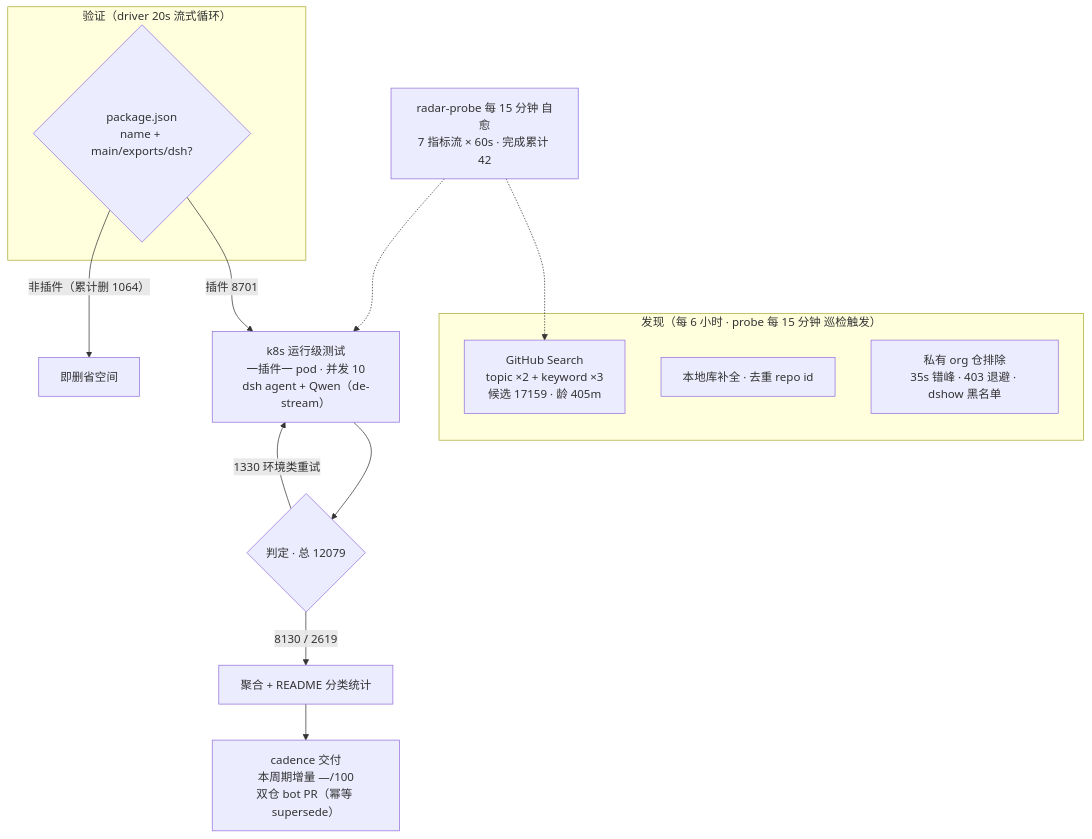
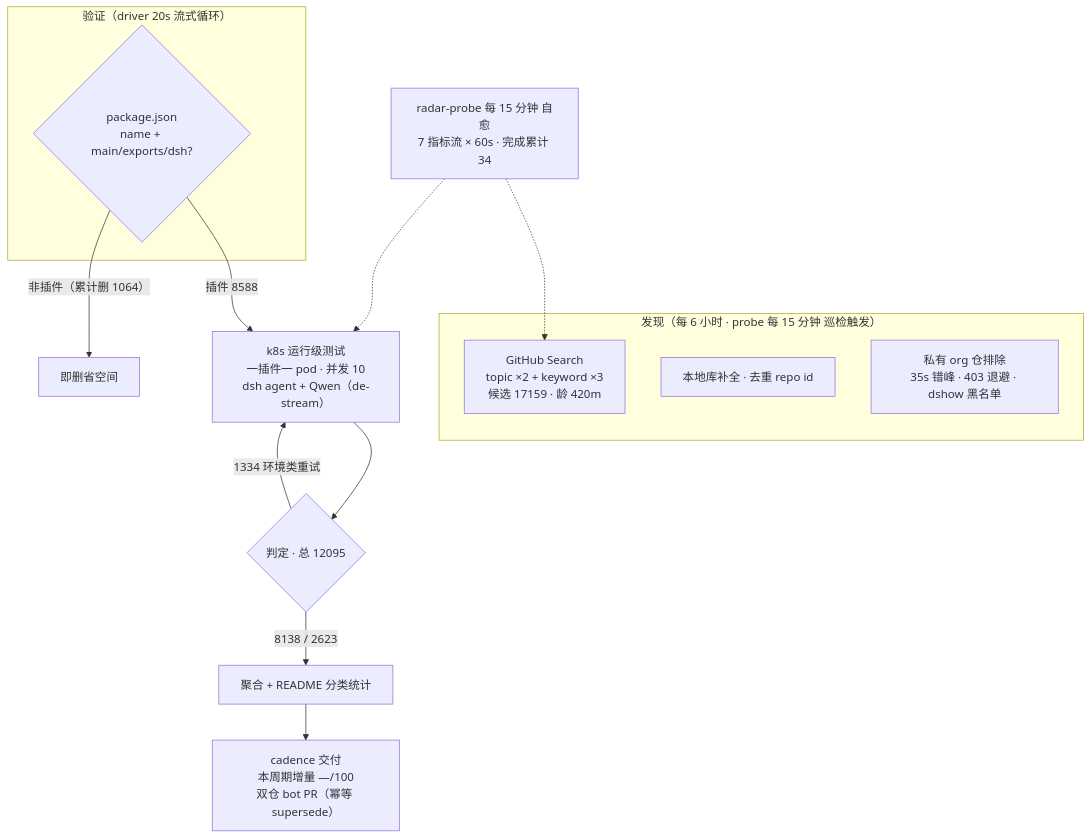
Before and after one commit to Zhidao-Lab-OSS/awesome-dsh-plugins: the diagram in README.md, drawn with Mermaid. The commit also changed other lines of this file and 1 other file, not shown here.

````diff
--- a/README.md
+++ b/README.md
@@ -52,20 +52,20 @@
 ```mermaid
 flowchart TB
     subgraph Discovery["发现（每 6 小时 · probe 每 15 分钟 巡检触发）"]
-        A1["GitHub Search<br/>topic ×2 + keyword ×3<br/>候选 17159 · 龄 405m"]
+        A1["GitHub Search<br/>topic ×2 + keyword ×3<br/>候选 17159 · 龄 420m"]
         A2["本地库补全 · 去重 repo id"]
         A3["私有 org 仓排除<br/>35s 错峰 · 403 退避 · dshow 黑名单"]
     end
     subgraph Validation["验证（driver 20s 流式循环）"]
         B1{"package.json<br/>name + main/exports/dsh?"}
     end
-    B1 -->|"插件 8701"| C1["k8s 运行级测试<br/>一插件一 pod · 并发 10<br/>dsh agent + Qwen（de-stream）"]
+    B1 -->|"插件 8588"| C1["k8s 运行级测试<br/>一插件一 pod · 并发 10<br/>dsh agent + Qwen（de-stream）"]
     B1 -->|"非插件（累计删 1064）"| B3["即删省空间"]
-    C1 --> D1{"判定 · 总 12079"}
-    D1 -->|"8130 / 2619"| E1["聚合 + README 分类统计"]
-    D1 -->|"1330 环境类重试"| C1
+    C1 --> D1{"判定 · 总 12095"}
+    D1 -->|"8138 / 2623"| E1["聚合 + README 分类统计"]
+    D1 -->|"1334 环境类重试"| C1
     E1 --> E2["cadence 交付<br/>本周期增量 —/100<br/>双仓 bot PR（幂等 supersede）"]
-    M["radar-probe 每 15 分钟 自愈<br/>7 指标流 × 60s · 完成累计 42"]
+    M["radar-probe 每 15 分钟 自愈<br/>7 指标流 × 60s · 完成累计 34"]
     M -.-> A1
     M -.-> C1
 ```
````
